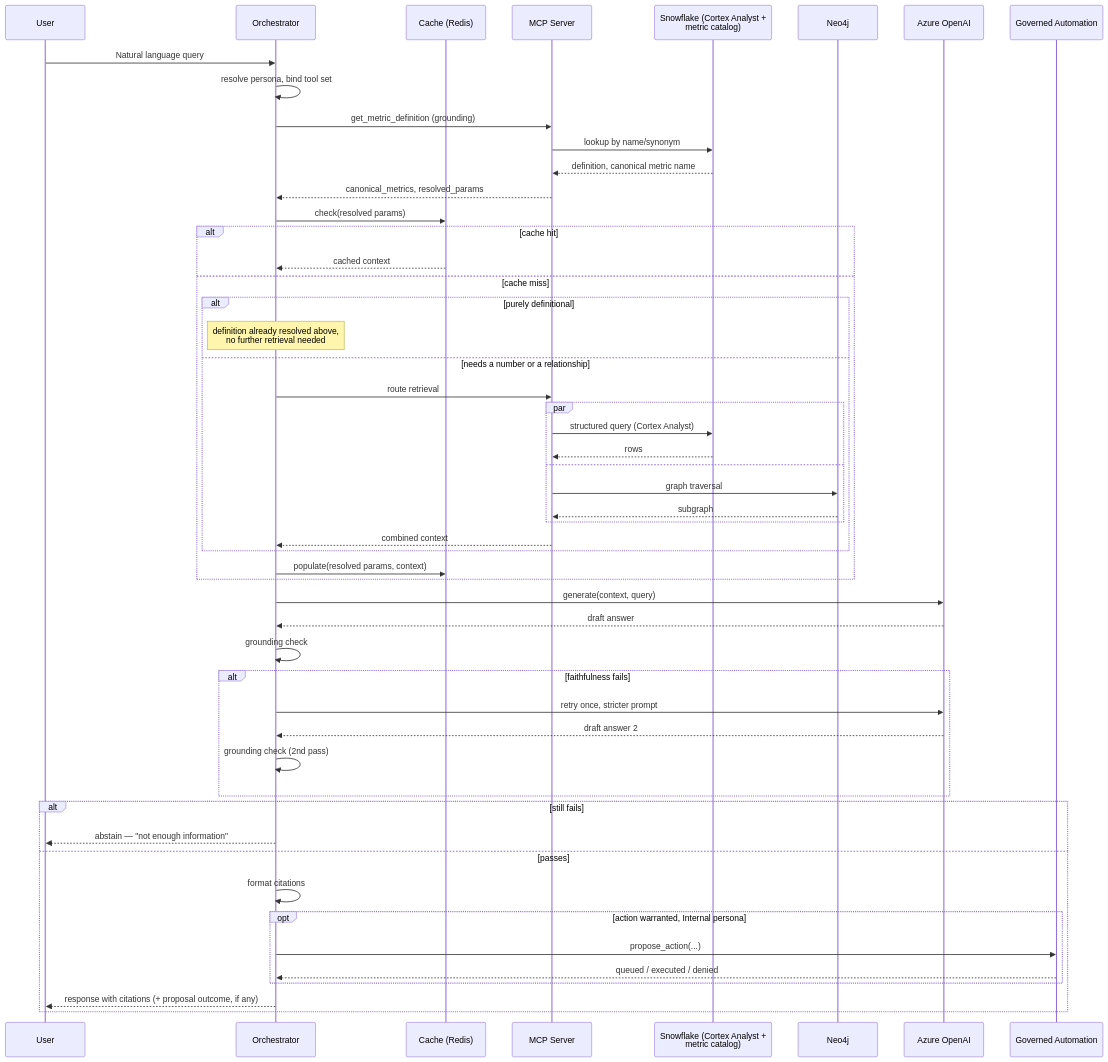
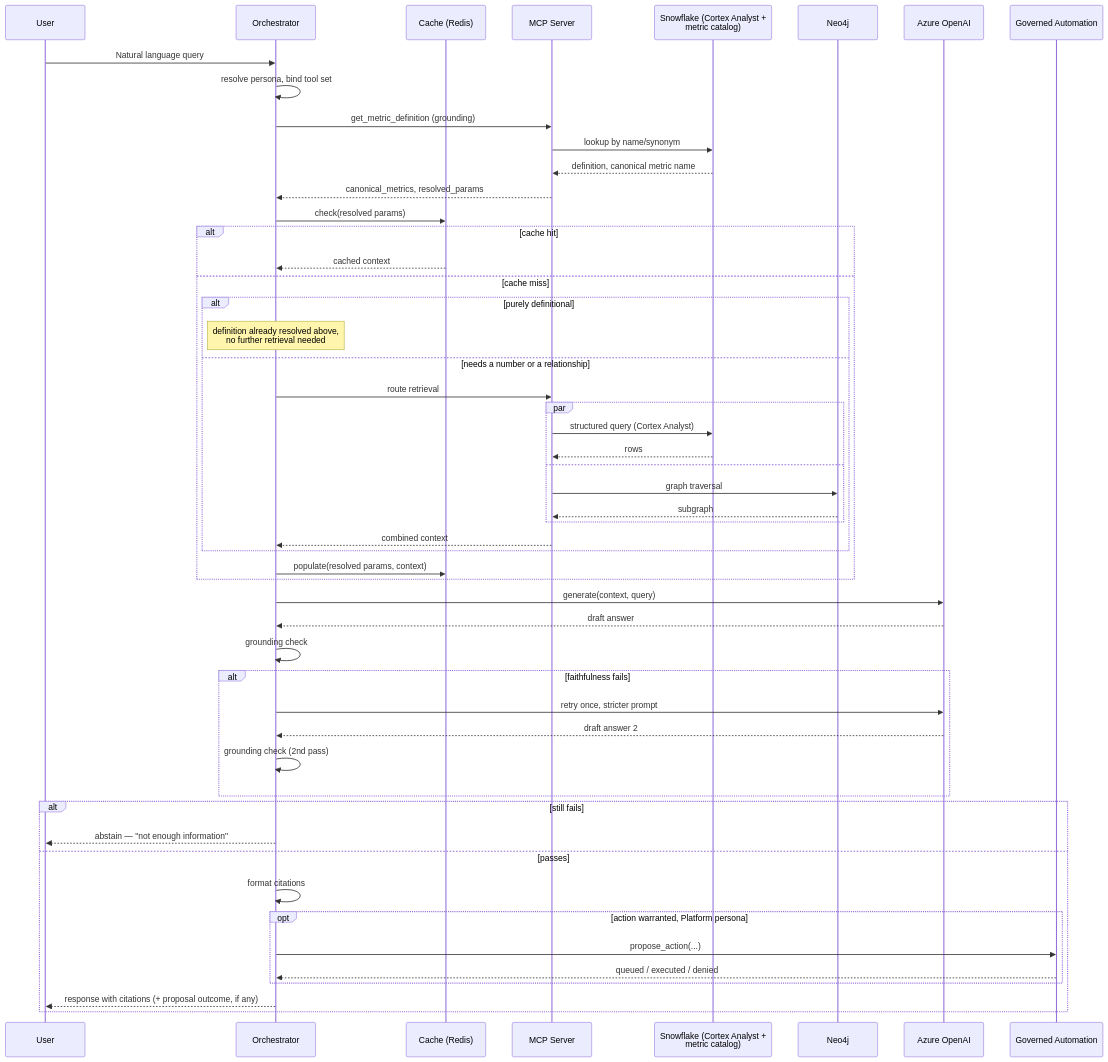
One commit to mbnest/finops-intelligence-platform changed the third of 3 diagrams in docs/Solution_Architecture_Cloud_Workbench.md. Above: the diagram before and after it, drawn with Mermaid. The commit also changed other lines of this file and 4 other files, not shown here.

````diff
--- a/docs/Solution_Architecture_Cloud_Workbench.md
+++ b/docs/Solution_Architecture_Cloud_Workbench.md
@@ -121,55 +121,55 @@
 ```mermaid
 sequenceDiagram
     participant U as User
     participant CW as Orchestrator
     participant CACHE as Cache (Redis)
     participant MCP as MCP Server
     participant SF as Snowflake (Cortex Analyst +<br/>metric catalog)
     participant N4 as Neo4j
     participant LLM as Azure OpenAI
     participant A as Governed Automation
 
     U->>CW: Natural language query
     CW->>CW: resolve persona, bind tool set
     CW->>MCP: get_metric_definition (grounding)
     MCP->>SF: lookup by name/synonym
     SF-->>MCP: definition, canonical metric name
     MCP-->>CW: canonical_metrics, resolved_params
     CW->>CACHE: check(resolved params)
     alt cache hit
         CACHE-->>CW: cached context
     else cache miss
         alt purely definitional
             Note over CW: definition already resolved above,<br/>no further retrieval needed
         else needs a number or a relationship
             CW->>MCP: route retrieval
             par
                 MCP->>SF: structured query (Cortex Analyst)
                 SF-->>MCP: rows
             and
                 MCP->>N4: graph traversal
                 N4-->>MCP: subgraph
             end
             MCP-->>CW: combined context
         end
         CW->>CACHE: populate(resolved params, context)
     end
     CW->>LLM: generate(context, query)
     LLM-->>CW: draft answer
     CW->>CW: grounding check
     alt faithfulness fails
         CW->>LLM: retry once, stricter prompt
         LLM-->>CW: draft answer 2
         CW->>CW: grounding check (2nd pass)
     end
     alt still fails
         CW-->>U: abstain — "not enough information"
     else passes
         CW->>CW: format citations
-        opt action warranted, Internal persona
+        opt action warranted, Platform persona
             CW->>A: propose_action(...)
             A-->>CW: queued / executed / denied
         end
         CW-->>U: response with citations (+ proposal outcome, if any)
     end
 ```
````
